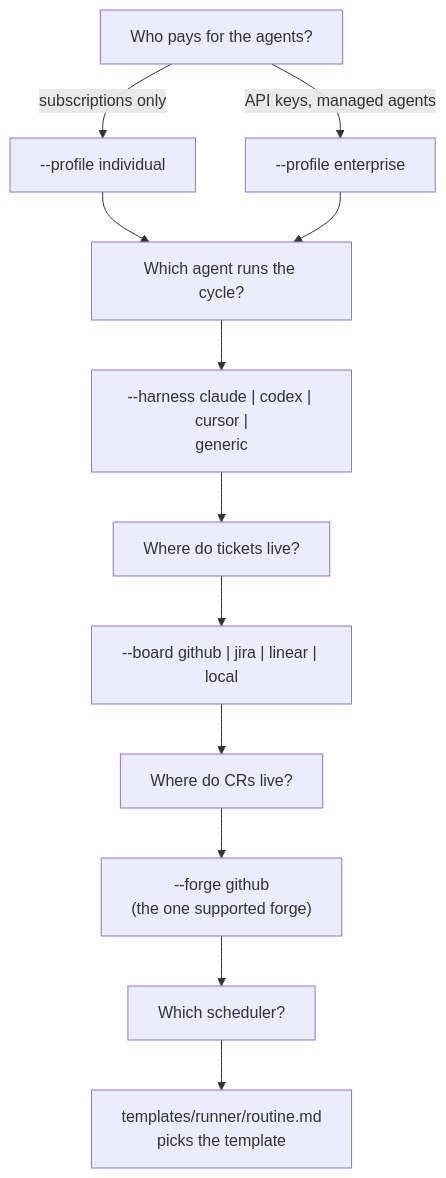
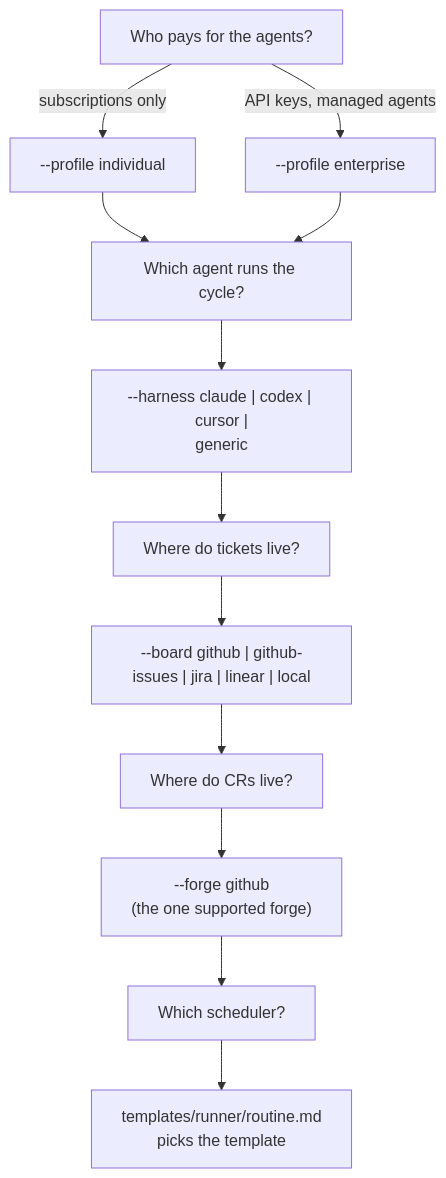
The first of 2 diagrams in docs/adoption.md (dmitriywind/agentic-sdlc), drawn with Mermaid before and after one commit. The commit also changed 17 other files, not shown here.

````diff
--- a/docs/adoption.md
+++ b/docs/adoption.md
@@ -8,14 +8,14 @@
 ```mermaid
 flowchart TD
   A["Who pays for the agents?"] -->|"subscriptions only"| IND["--profile individual"]
   A -->|"API keys, managed agents"| ENT["--profile enterprise"]
   IND --> H["Which agent runs the cycle?"]
   ENT --> H
   H --> HC["--harness claude | codex | cursor |<br/>generic"]
   HC --> B["Where do tickets live?"]
-  B --> BC["--board github | jira | linear | local"]
+  B --> BC["--board github | github-issues | jira | linear | local"]
   BC --> F["Where do CRs live?"]
   F --> FG["--forge github<br/>(the one supported forge)"]
   FG --> S["Which scheduler?"]
   S --> SC["templates/runner/routine.md<br/>picks the template"]
 ```
````
